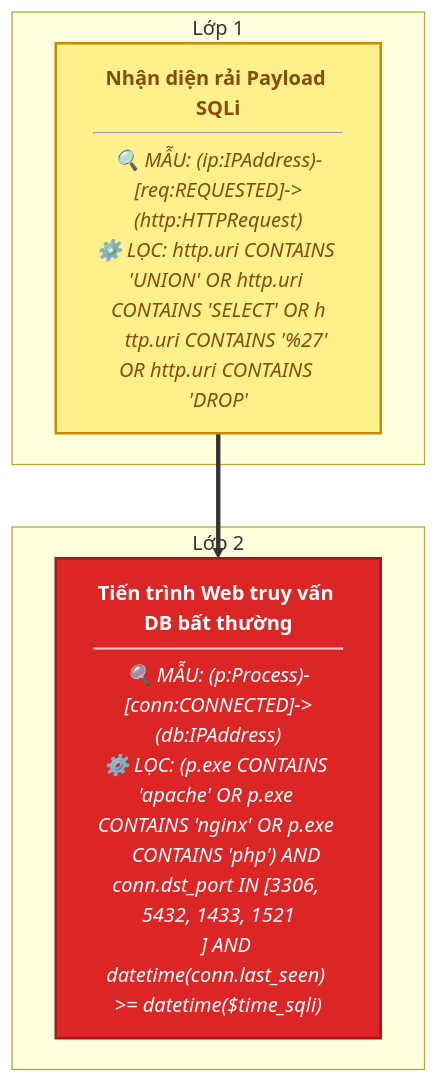
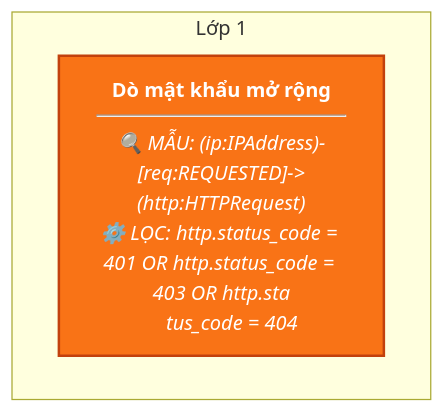
One commit to ttm62/bug-free-doodle changed the tenth of 15 diagrams in all_rules/README.md. Above: the diagram before and after it, drawn with Mermaid. The commit also changed other lines of this file and 25 other files, not shown here.

````diff
--- a/all_rules/README.md
+++ b/all_rules/README.md
@@ -129,15 +155,11 @@
 ```mermaid
 graph TD
     classDef low fill:#fef08a,stroke:#ca8a04,stroke-width:2px,color:#854d0e;
     classDef medium fill:#f97316,stroke:#c2410c,stroke-width:2px,color:#fff;
     classDef high fill:#dc2626,stroke:#991b1b,stroke-width:2px,color:#fff;
     classDef critical fill:#7f1d1d,stroke:#450a0a,stroke-width:2px,color:#fff;
 
-    subgraph Layer_L1_SQLI_DETECT ["Lớp 1"]
-        L1_SQLI_DETECT["<b>Nhận diện rải Payload SQLi</b><br/><hr/><i>🔍 MẪU: (ip:IPAddress)-[req:REQUESTED]->(http:HTTPRequest)<br/>⚙️ LỌC: http.uri CONTAINS 'UNION' OR http.uri CONTAINS 'SELECT' OR h<br/>&nbsp;&nbsp;&nbsp;&nbsp;ttp.uri CONTAINS '%27' OR http.uri CONTAINS 'DROP'</i>"]:::low
+    subgraph Layer_L1_GENERIC_CRACK ["Lớp 1"]
+        L1_GENERIC_CRACK["<b>Dò mật khẩu mở rộng</b><br/><hr/><i>🔍 MẪU: (ip:IPAddress)-[req:REQUESTED]->(http:HTTPRequest)<br/>⚙️ LỌC: http.status_code = 401 OR http.status_code = 403 OR http.sta<br/>&nbsp;&nbsp;&nbsp;&nbsp;tus_code = 404</i>"]:::medium
     end
-    subgraph Layer_L2_DB_CONNECTION ["Lớp 2"]
-        L2_DB_CONNECTION["<b>Tiến trình Web truy vấn DB bất thường</b><br/><hr/><i>🔍 MẪU: (p:Process)-[conn:CONNECTED]->(db:IPAddress)<br/>⚙️ LỌC: (p.exe CONTAINS 'apache' OR p.exe CONTAINS 'nginx' OR p.exe <br/>&nbsp;&nbsp;&nbsp;&nbsp;CONTAINS 'php') AND conn.dst_port IN [3306, 5432, 1433, 1521<br/>&nbsp;&nbsp;&nbsp;&nbsp;] AND datetime(conn.last_seen) >= datetime($time_sqli)</i>"]:::high
-    end
-    L1_SQLI_DETECT ==> L2_DB_CONNECTION
 ```
````
